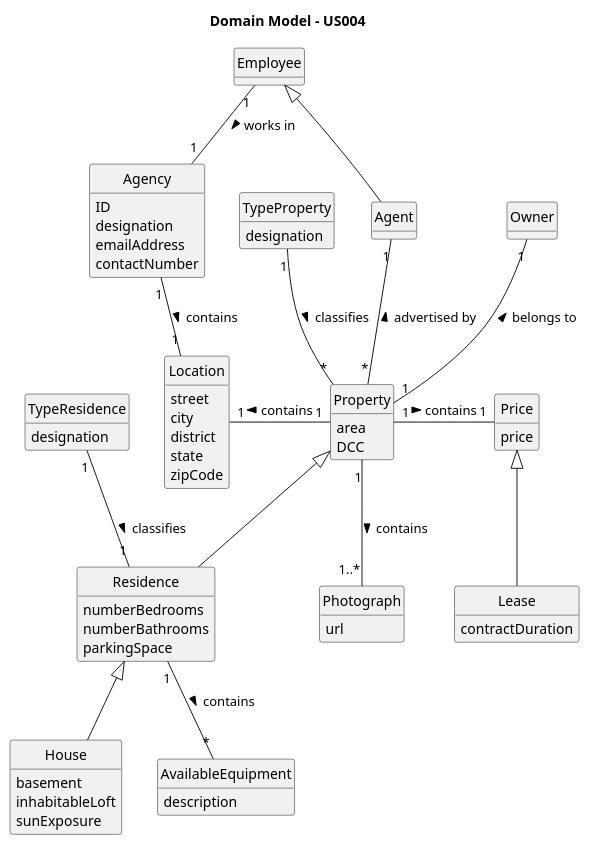
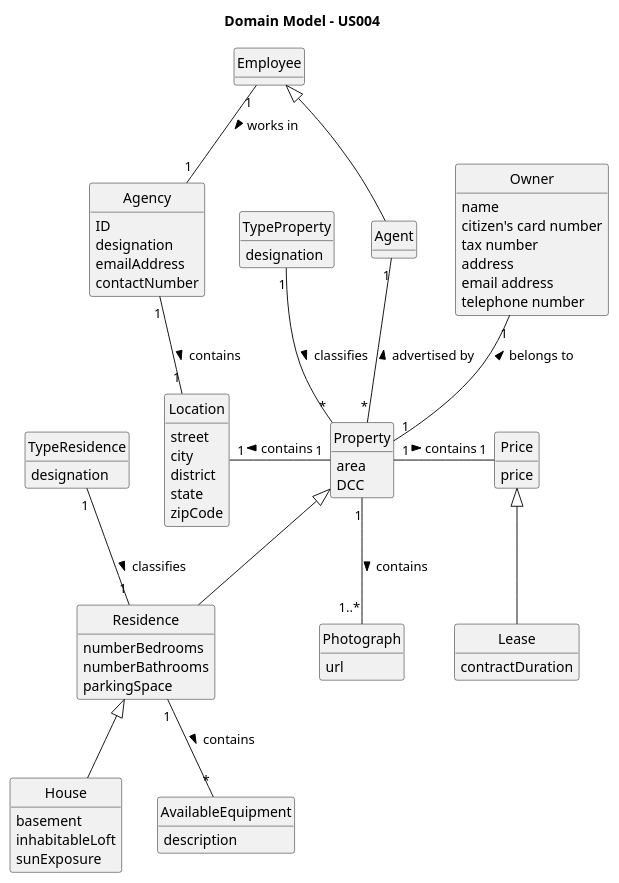
One commit to rita-barbosa/LAPR2-2223 changed the diagram in docs/sprintB/us004/02.analysis/puml/us004-domain-model.puml. Above: the diagram before and after it, drawn with PlantUML. The commit also changed 1 other file, not shown here.

```diff
--- a/docs/sprintB/us004/02.analysis/puml/us004-domain-model.puml
+++ b/docs/sprintB/us004/02.analysis/puml/us004-domain-model.puml
@@ -1,89 +1,96 @@
 @startuml
 skinparam monochrome true
 skinparam packageStyle rectangle
 skinparam shadowing false
 
 'left to right direction
 
 skinparam classAttributeIconSize 0
 
 hide circle
 hide methods
 
 title Domain Model - US004
 
 class Property {
     area
     DCC
 }
 
 class Photograph{
     url
 }
 
 class Lease extends Price{
     contractDuration
 }
 
 class Price {
     price
 }
 
 class Residence extends Property{
     numberBedrooms
     numberBathrooms
     parkingSpace
 
 }
 
 class Location{
     street
     city
     district
     state
     zipCode
 }
 
 class TypeResidence{
     designation
 }
 
 class TypeProperty{
     designation
 }
 
 class House extends Residence{
     basement
     inhabitableLoft
     sunExposure
 }
 
 class AvailableEquipment{
     description
 }
 
 class Agent extends Employee{}
 
 class Agency {
     ID
     designation
     emailAddress
     contactNumber
 }
 class Employee{}
+
 class Owner {
+    name
+    citizen's card number
+    tax number
+    address
+    email address
+    telephone number
 }
 
 
 Employee "1" -- "1" Agency: works in  >
 Agency "1" -- "1" Location : contains >
 TypeProperty "1" -- "*" Property : classifies >
 Price "1" -left- "1" Property : contains <
 Property "1" -up- "1" Owner : belongs to >
 Agent "1" -down- "*" Property : < advertised by
 Photograph "1..*" -up- "1" Property : contains <
 Location "1" -right- "1" Property : contains <
 Residence "1" -- "*" AvailableEquipment : contains >
 TypeResidence "1" -- "1" Residence: classifies >
 
 @enduml
```
